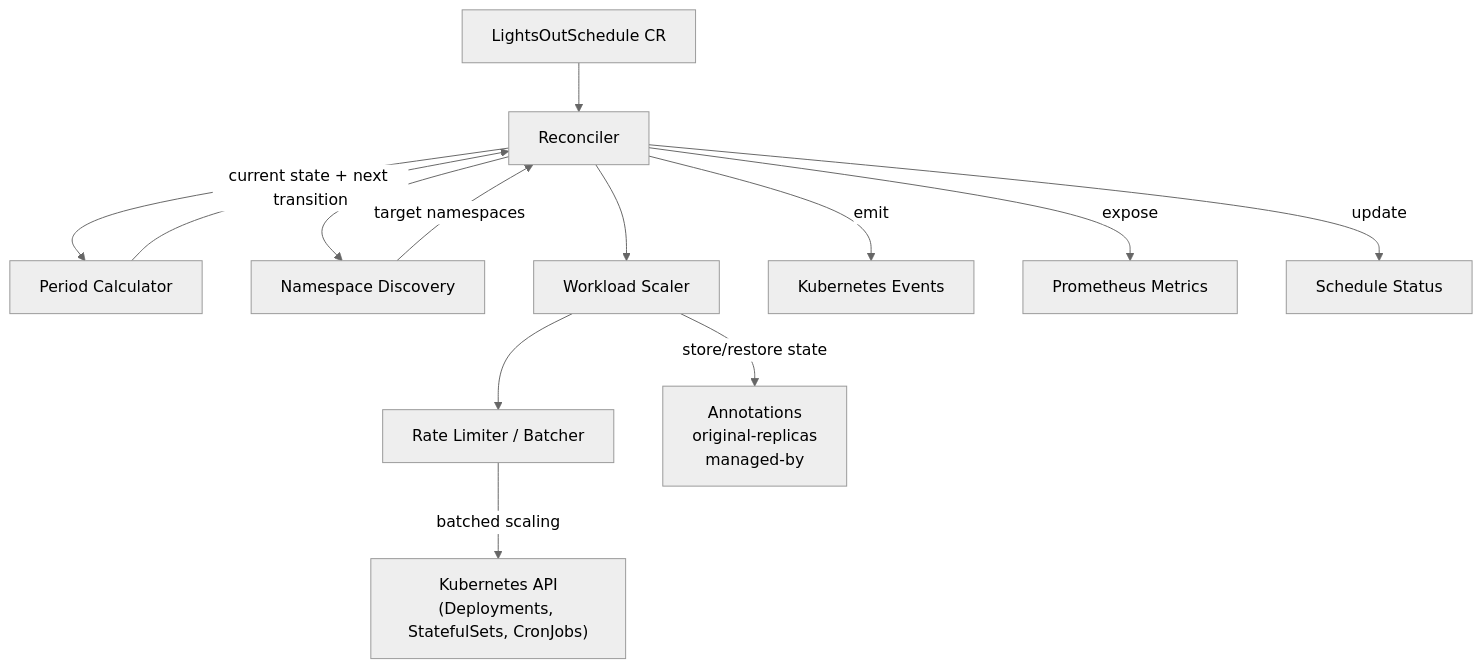
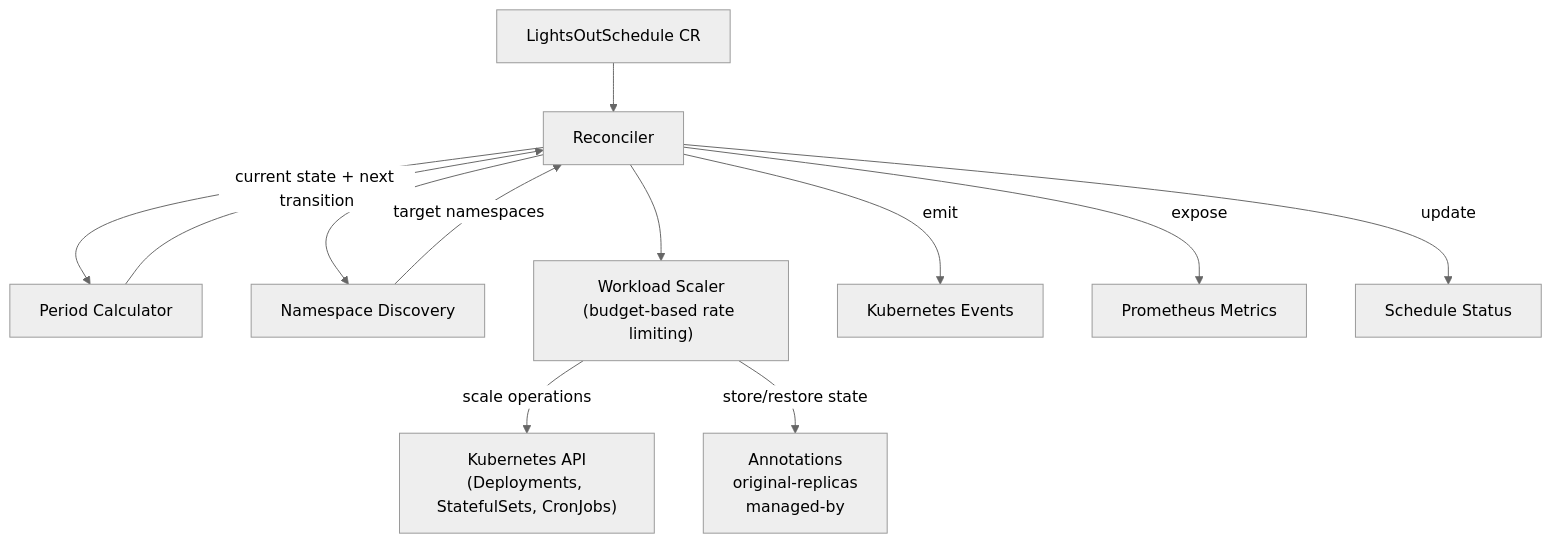
The diagram in docs/architecture.md (gjorgji-ts/lightsout), drawn with Mermaid (neutral theme) before and after one commit. The commit also changed other lines of this file and 4 other files, not shown here.

Commit message:
fix: use budget-based rate limiting for scaling

````diff
--- a/docs/architecture.md
+++ b/docs/architecture.md
@@ -23,15 +23,14 @@
 ```mermaid
 flowchart TD
     CR["LightsOutSchedule CR"] --> R["Reconciler"]
     R --> PC["Period Calculator"]
     R --> ND["Namespace Discovery"]
     PC -->|"current state + next transition"| R
     ND -->|"target namespaces"| R
-    R --> WS["Workload Scaler"]
-    WS --> RL["Rate Limiter / Batcher"]
-    RL -->|"batched scaling"| K8s["Kubernetes API<br/>(Deployments, StatefulSets, CronJobs)"]
+    R --> WS["Workload Scaler<br/>(budget-based rate limiting)"]
+    WS -->|"scale operations"| K8s["Kubernetes API<br/>(Deployments, StatefulSets, CronJobs)"]
     WS -->|"store/restore state"| Ann["Annotations<br/>original-replicas<br/>managed-by"]
     R -->|"emit"| Ev["Kubernetes Events"]
     R -->|"expose"| Met["Prometheus Metrics"]
     R -->|"update"| Status["Schedule Status"]
 ```
````
